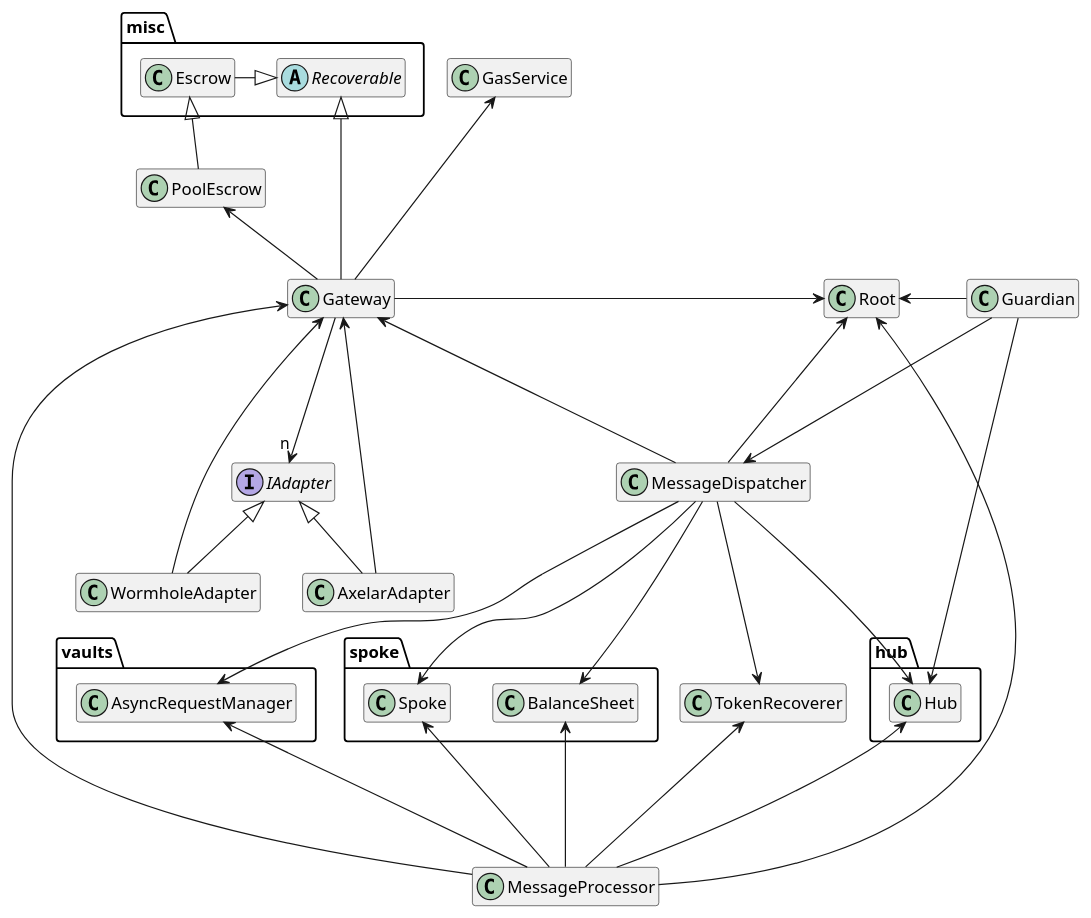
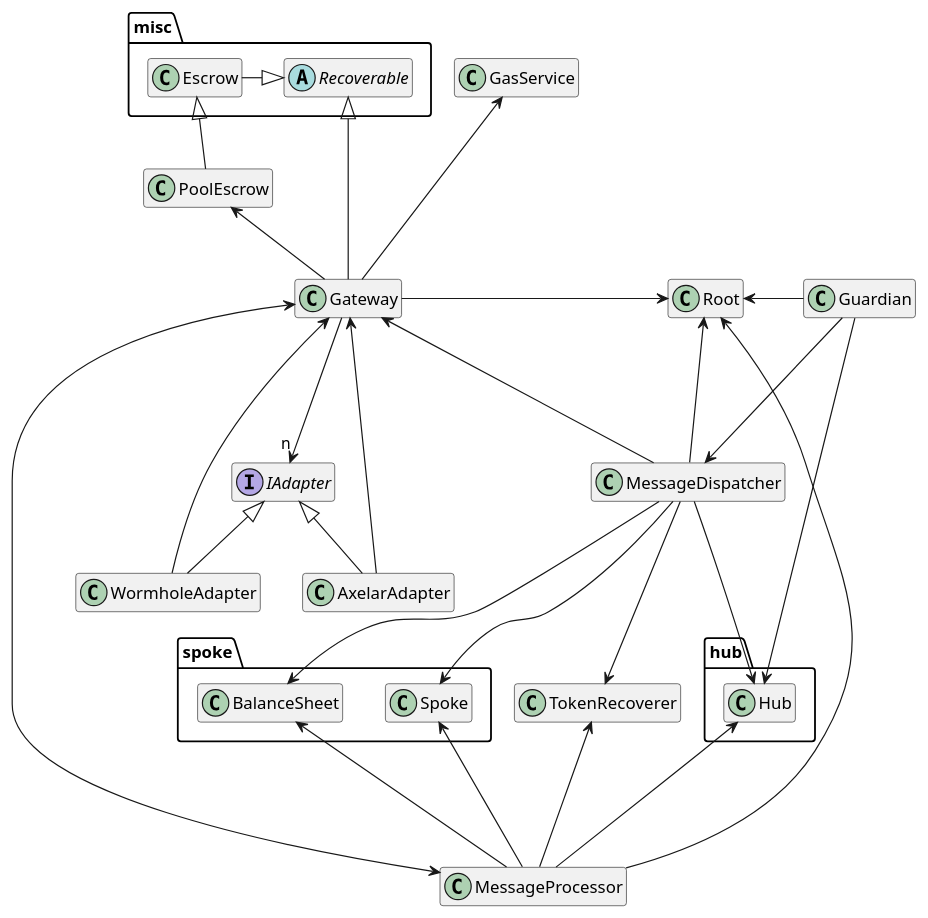
Before and after one commit to centrifuge/protocol: the diagram in docs/architecture/common.puml, drawn with PlantUML. The commit also changed 1 other file, not shown here.

```diff
--- a/docs/architecture/common.puml
+++ b/docs/architecture/common.puml
@@ -1,70 +1,64 @@
 @startuml
 hide empty members
 
 package misc {
     abstract Recoverable
     class Escrow
 }
 
 package hub {
     class Hub
 }
 
 package spoke {
     class Spoke
     class BalanceSheet
-}
-
-package vaults {
-    class AsyncRequestManager
 }
 
 interface IAdapter
 
 class TokenRecoverer
 class Root
 class MessageDispatcher
 class MessageProcessor
 class Gateway
 class AxelarAdapter
 class WormholeAdapter
 class Guardian
 class GasService
 class PoolEscrow
 
 AxelarAdapter -up-|> IAdapter
 AxelarAdapter -up--> Gateway
 
 WormholeAdapter -up-|> IAdapter
 WormholeAdapter -up--> Gateway
 
 MessageProcessor --up-> Root
 MessageProcessor --up-> TokenRecoverer
 MessageProcessor --up-> Hub
 MessageProcessor --up-> Spoke
-MessageProcessor --up-> AsyncRequestManager
 MessageProcessor --up-> BalanceSheet
-MessageProcessor --up-> Gateway
+MessageProcessor <--up-> Gateway
 
 MessageDispatcher ---> Root
 MessageDispatcher ---> TokenRecoverer
 MessageDispatcher ---> Gateway
 MessageDispatcher ---> Hub
 MessageDispatcher ---> Spoke
-MessageDispatcher ---> AsyncRequestManager
 MessageDispatcher ---> BalanceSheet
 
 Guardian ---> Hub
 Guardian -left---> Root
 Guardian ---> MessageDispatcher
 
 Gateway -up--> GasService
 Gateway -up--|> Recoverable
 Gateway -right-> Root
 Gateway -down-->"n" IAdapter
 Gateway -up->PoolEscrow
 
 PoolEscrow -up-|> Escrow
 Escrow -right-|> Recoverable
 
 @enduml
```
